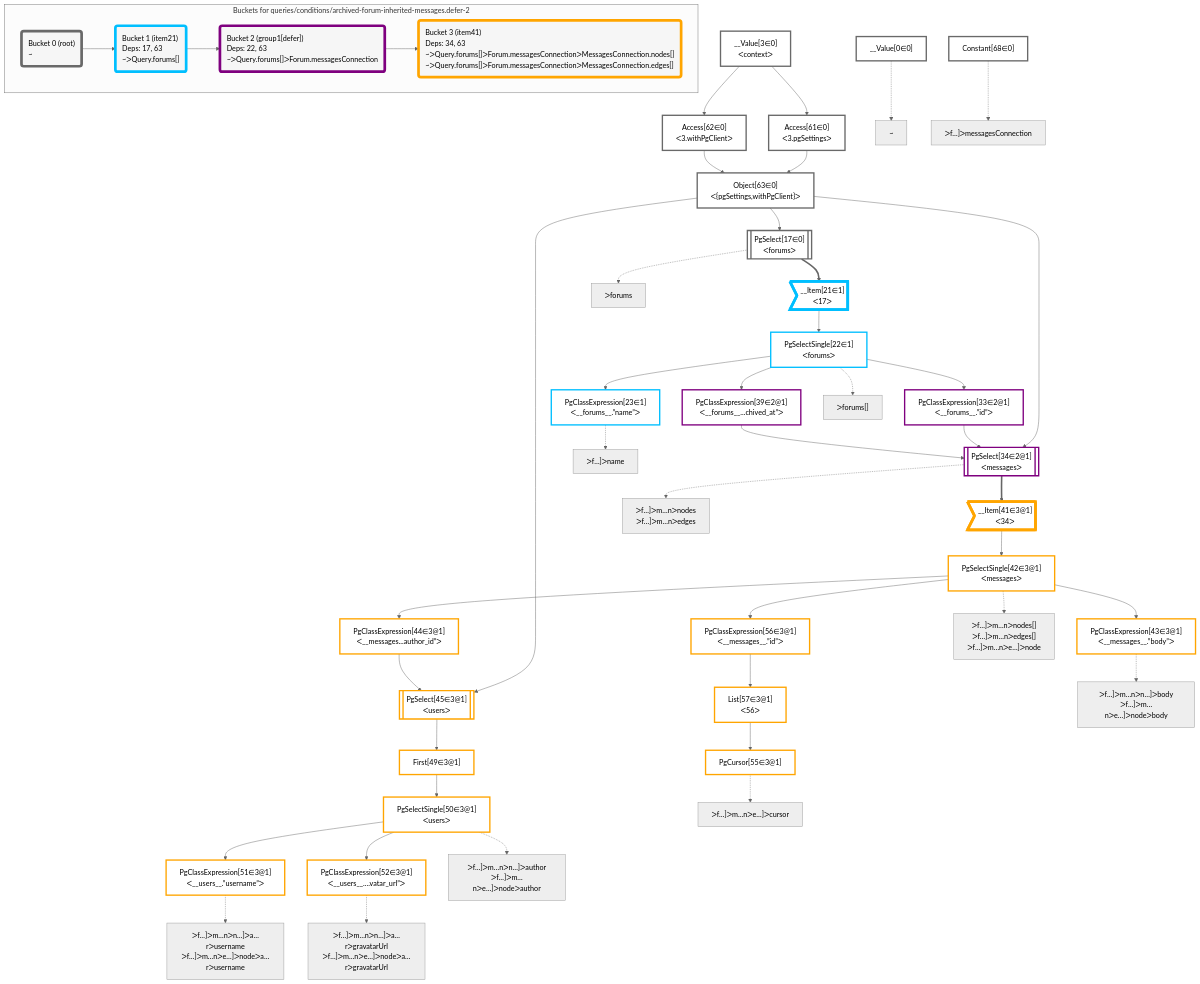
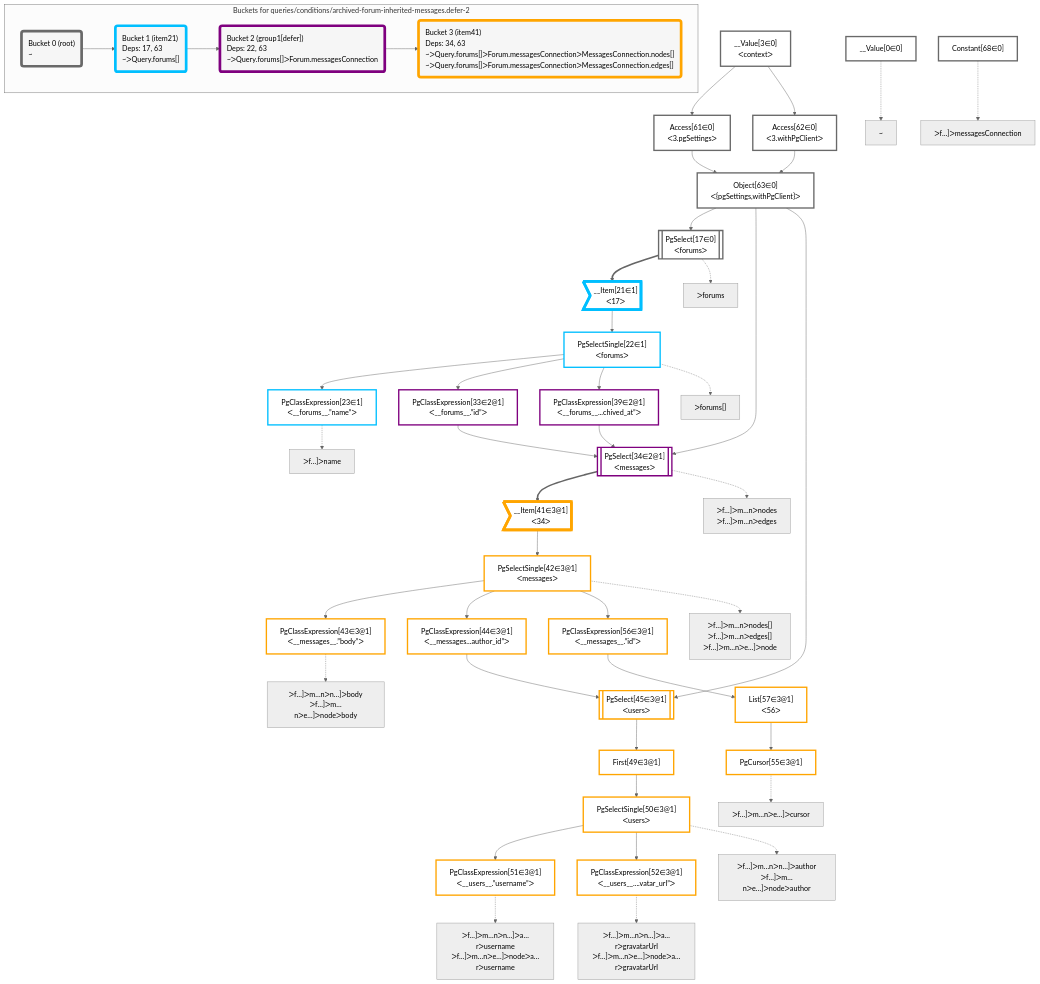
Before and after one commit to graphile/crystal: the diagram in packages/dataplan-pg/__tests__/queries/conditions/archived-forum-inherited-messages.defer-2.deopt.mermaid.md, drawn with Mermaid (neutral theme). The commit also changed other lines of this file and 195 other files, not shown here.

Commit message:
Reorder graphs

```diff
--- a/packages/dataplan-pg/__tests__/queries/conditions/archived-forum-inherited-messages.defer-2.deopt.mermaid.md
+++ b/packages/dataplan-pg/__tests__/queries/conditions/archived-forum-inherited-messages.defer-2.deopt.mermaid.md
@@ -9,54 +9,54 @@
 
     %% define plans
     __Value0["__Value[0∈0]"]:::plan
+    __Value3["__Value[3∈0]<br />ᐸcontextᐳ"]:::plan
+    Access61["Access[61∈0]<br />ᐸ3.pgSettingsᐳ"]:::plan
+    Access62["Access[62∈0]<br />ᐸ3.withPgClientᐳ"]:::plan
+    Object63["Object[63∈0]<br />ᐸ{pgSettings,withPgClient}ᐳ"]:::plan
+    PgSelect17[["PgSelect[17∈0]<br />ᐸforumsᐳ"]]:::plan
+    __Item21>"__Item[21∈1]<br />ᐸ17ᐳ"]:::itemplan
+    PgSelectSingle22["PgSelectSingle[22∈1]<br />ᐸforumsᐳ"]:::plan
     PgClassExpression23["PgClassExpression[23∈1]<br />ᐸ__forums__.”name”ᐳ"]:::plan
+    PgClassExpression33["PgClassExpression[33∈2@1]<br />ᐸ__forums__.”id”ᐳ"]:::plan
+    PgClassExpression39["PgClassExpression[39∈2@1]<br />ᐸ__forums__...chived_at”ᐳ"]:::plan
+    PgSelect34[["PgSelect[34∈2@1]<br />ᐸmessagesᐳ"]]:::plan
+    Constant68["Constant[68∈0]"]:::plan
+    __Item41>"__Item[41∈3@1]<br />ᐸ34ᐳ"]:::itemplan
+    PgSelectSingle42["PgSelectSingle[42∈3@1]<br />ᐸmessagesᐳ"]:::plan
     PgClassExpression43["PgClassExpression[43∈3@1]<br />ᐸ__messages__.”body”ᐳ"]:::plan
+    PgClassExpression44["PgClassExpression[44∈3@1]<br />ᐸ__messages...author_id”ᐳ"]:::plan
+    PgSelect45[["PgSelect[45∈3@1]<br />ᐸusersᐳ"]]:::plan
+    First49["First[49∈3@1]"]:::plan
+    PgSelectSingle50["PgSelectSingle[50∈3@1]<br />ᐸusersᐳ"]:::plan
     PgClassExpression51["PgClassExpression[51∈3@1]<br />ᐸ__users__.”username”ᐳ"]:::plan
     PgClassExpression52["PgClassExpression[52∈3@1]<br />ᐸ__users__....vatar_url”ᐳ"]:::plan
-    PgSelectSingle50["PgSelectSingle[50∈3@1]<br />ᐸusersᐳ"]:::plan
-    First49["First[49∈3@1]"]:::plan
-    PgSelect45[["PgSelect[45∈3@1]<br />ᐸusersᐳ"]]:::plan
-    PgClassExpression44["PgClassExpression[44∈3@1]<br />ᐸ__messages...author_id”ᐳ"]:::plan
+    PgClassExpression56["PgClassExpression[56∈3@1]<br />ᐸ__messages__.”id”ᐳ"]:::plan
+    List57["List[57∈3@1]<br />ᐸ56ᐳ"]:::plan
     PgCursor55["PgCursor[55∈3@1]"]:::plan
-    List57["List[57∈3@1]<br />ᐸ56ᐳ"]:::plan
-    PgClassExpression56["PgClassExpression[56∈3@1]<br />ᐸ__messages__.”id”ᐳ"]:::plan
-    PgSelectSingle42["PgSelectSingle[42∈3@1]<br />ᐸmessagesᐳ"]:::plan
-    __Item41>"__Item[41∈3@1]<br />ᐸ34ᐳ"]:::itemplan
-    PgSelect34[["PgSelect[34∈2@1]<br />ᐸmessagesᐳ"]]:::plan
-    PgClassExpression33["PgClassExpression[33∈2@1]<br />ᐸ__forums__.”id”ᐳ"]:::plan
-    PgClassExpression39["PgClassExpression[39∈2@1]<br />ᐸ__forums__...chived_at”ᐳ"]:::plan
-    PgSelectSingle22["PgSelectSingle[22∈1]<br />ᐸforumsᐳ"]:::plan
-    __Item21>"__Item[21∈1]<br />ᐸ17ᐳ"]:::itemplan
-    PgSelect17[["PgSelect[17∈0]<br />ᐸforumsᐳ"]]:::plan
-    Object63["Object[63∈0]<br />ᐸ{pgSettings,withPgClient}ᐳ"]:::plan
-    Access61["Access[61∈0]<br />ᐸ3.pgSettingsᐳ"]:::plan
-    Access62["Access[62∈0]<br />ᐸ3.withPgClientᐳ"]:::plan
-    __Value3["__Value[3∈0]<br />ᐸcontextᐳ"]:::plan
-    Constant68["Constant[68∈0]"]:::plan
 
     %% plan dependencies
+    __Value3 --> Access61
+    __Value3 --> Access62
+    Access61 & Access62 --> Object63
+    Object63 --> PgSelect17
+    PgSelect17 ==> __Item21
+    __Item21 --> PgSelectSingle22
     PgSelectSingle22 --> PgClassExpression23
+    PgSelectSingle22 --> PgClassExpression33
+    PgSelectSingle22 --> PgClassExpression39
+    Object63 & PgClassExpression33 & PgClassExpression39 --> PgSelect34
+    PgSelect34 ==> __Item41
+    __Item41 --> PgSelectSingle42
     PgSelectSingle42 --> PgClassExpression43
+    PgSelectSingle42 --> PgClassExpression44
+    Object63 & PgClassExpression44 --> PgSelect45
+    PgSelect45 --> First49
+    First49 --> PgSelectSingle50
     PgSelectSingle50 --> PgClassExpression51
     PgSelectSingle50 --> PgClassExpression52
-    First49 --> PgSelectSingle50
-    PgSelect45 --> First49
-    Object63 & PgClassExpression44 --> PgSelect45
-    PgSelectSingle42 --> PgClassExpression44
+    PgSelectSingle42 --> PgClassExpression56
+    PgClassExpression56 --> List57
     List57 --> PgCursor55
-    PgClassExpression56 --> List57
-    PgSelectSingle42 --> PgClassExpression56
-    __Item41 --> PgSelectSingle42
-    PgSelect34 ==> __Item41
-    Object63 & PgClassExpression33 & PgClassExpression39 --> PgSelect34
-    PgSelectSingle22 --> PgClassExpression33
-    PgSelectSingle22 --> PgClassExpression39
-    __Item21 --> PgSelectSingle22
-    PgSelect17 ==> __Item21
-    Object63 --> PgSelect17
-    Access61 & Access62 --> Object63
-    __Value3 --> Access61
-    __Value3 --> Access62
 
     %% plan-to-path relationships
     P0["~"]
```
